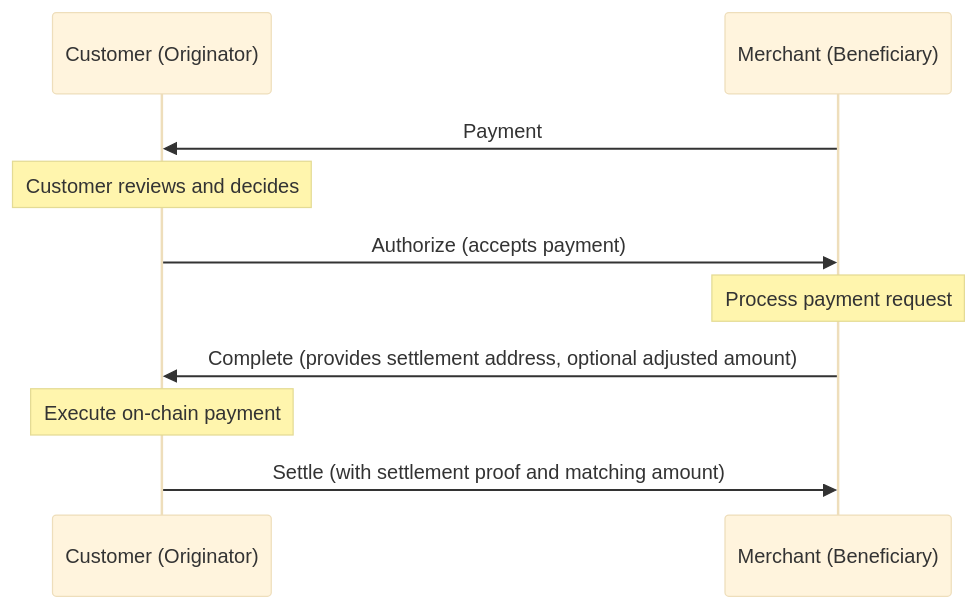
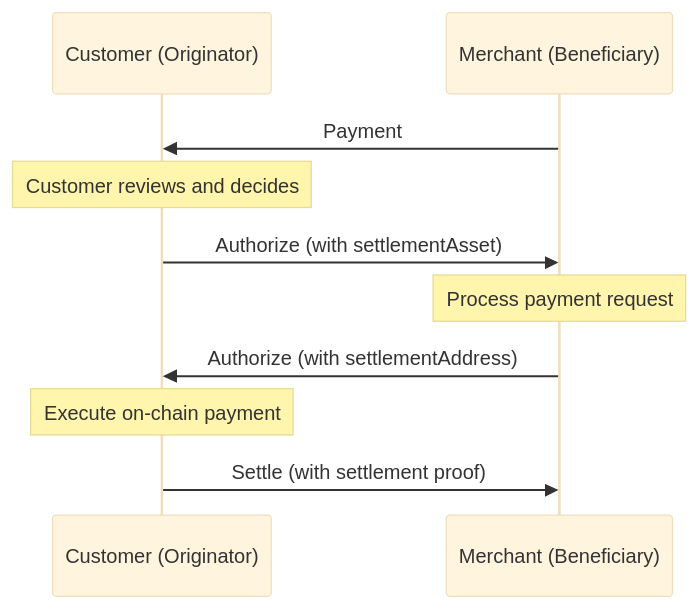
The fifth of 6 diagrams in authorization.md (TransactionAuthorizationProtocol/TAIPs), drawn with Mermaid (base theme) before and after one commit. The commit also changed other lines of this file and 2 other files, not shown here.

````diff
--- a/authorization.md
+++ b/authorization.md
@@ -146,12 +122,12 @@
 ```mermaid
 sequenceDiagram
     participant Customer as Customer (Originator)
     participant Merchant as Merchant (Beneficiary)
     Merchant->>Customer: Payment
     Note over Customer: Customer reviews and decides
-    Customer->>Merchant: Authorize (accepts payment)
+    Customer->>Merchant: Authorize (with settlementAsset)
     Note over Merchant: Process payment request
-    Merchant->>Customer: Complete (provides settlement address, optional adjusted amount)
+    Merchant->>Customer: Authorize (with settlementAddress)
     Note over Customer: Execute on-chain payment
-    Customer->>Merchant: Settle (with settlement proof and matching amount)
+    Customer->>Merchant: Settle (with settlement proof)
 ```
````
